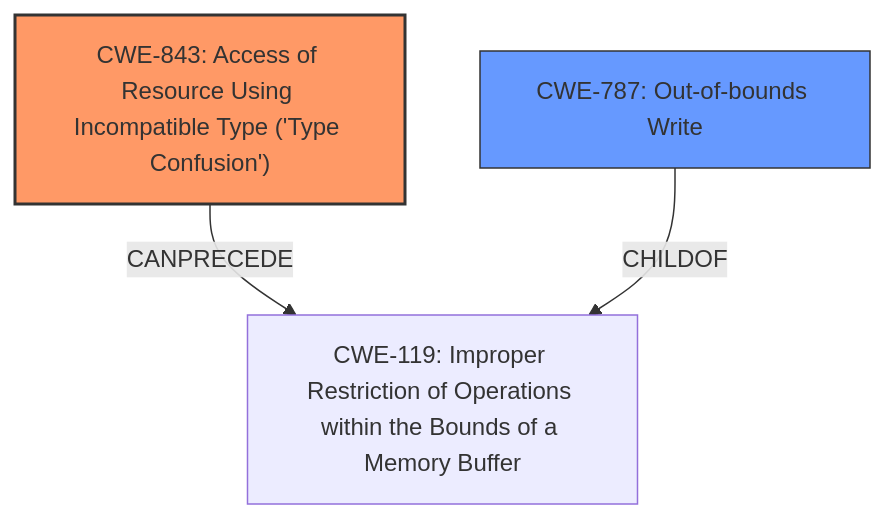
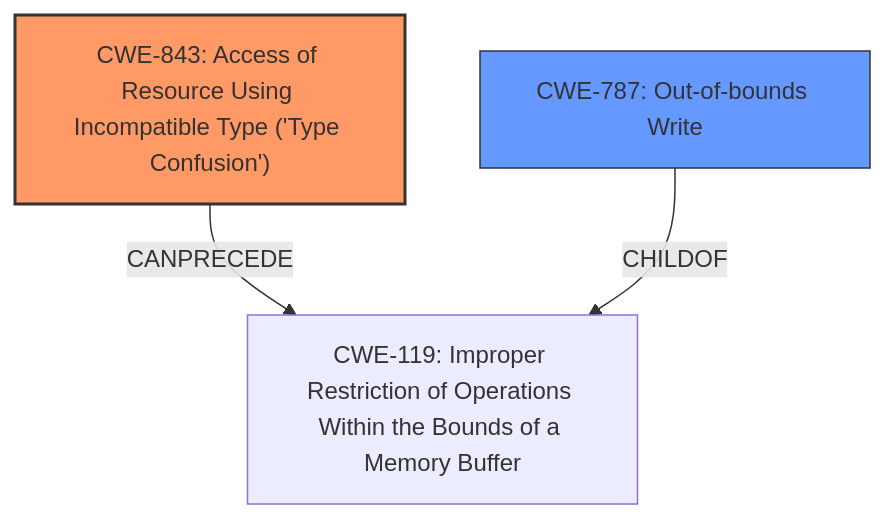
One commit to CyberSecAI/cwe_agent_assign_reports_2023 changed the diagram in CVE-2021-30869/CVE-2021-30869_analysis.md. Above: the diagram before and after it, drawn with Mermaid. The commit also changed other lines of this file and 902 other files, not shown here.

````diff
--- a/CVE-2021-30869/CVE-2021-30869_analysis.md
+++ b/CVE-2021-30869/CVE-2021-30869_analysis.md
@@ -17,14 +17,15 @@
 ```mermaid
 graph TD
     cwe843["CWE-843: Access of Resource Using Incompatible Type ('Type Confusion')"]
+    cwe119["CWE-119: Improper Restriction of Operations Within the Bounds of a Memory Buffer"]
     cwe787["CWE-787: Out-of-bounds Write"]
-    cwe119["CWE-119: Improper Restriction of Operations within the Bounds of a Memory Buffer"]
     
     cwe843 -->|CANPRECEDE| cwe119
     cwe787 -->|CHILDOF| cwe119
-    
+
     classDef primary fill:#f96,stroke:#333,stroke-width:2px
     classDef secondary fill:#69f,stroke:#333
+    classDef tertiary fill:#9e9,stroke:#333
     class cwe843 primary
     class cwe787 secondary
 ```
````
